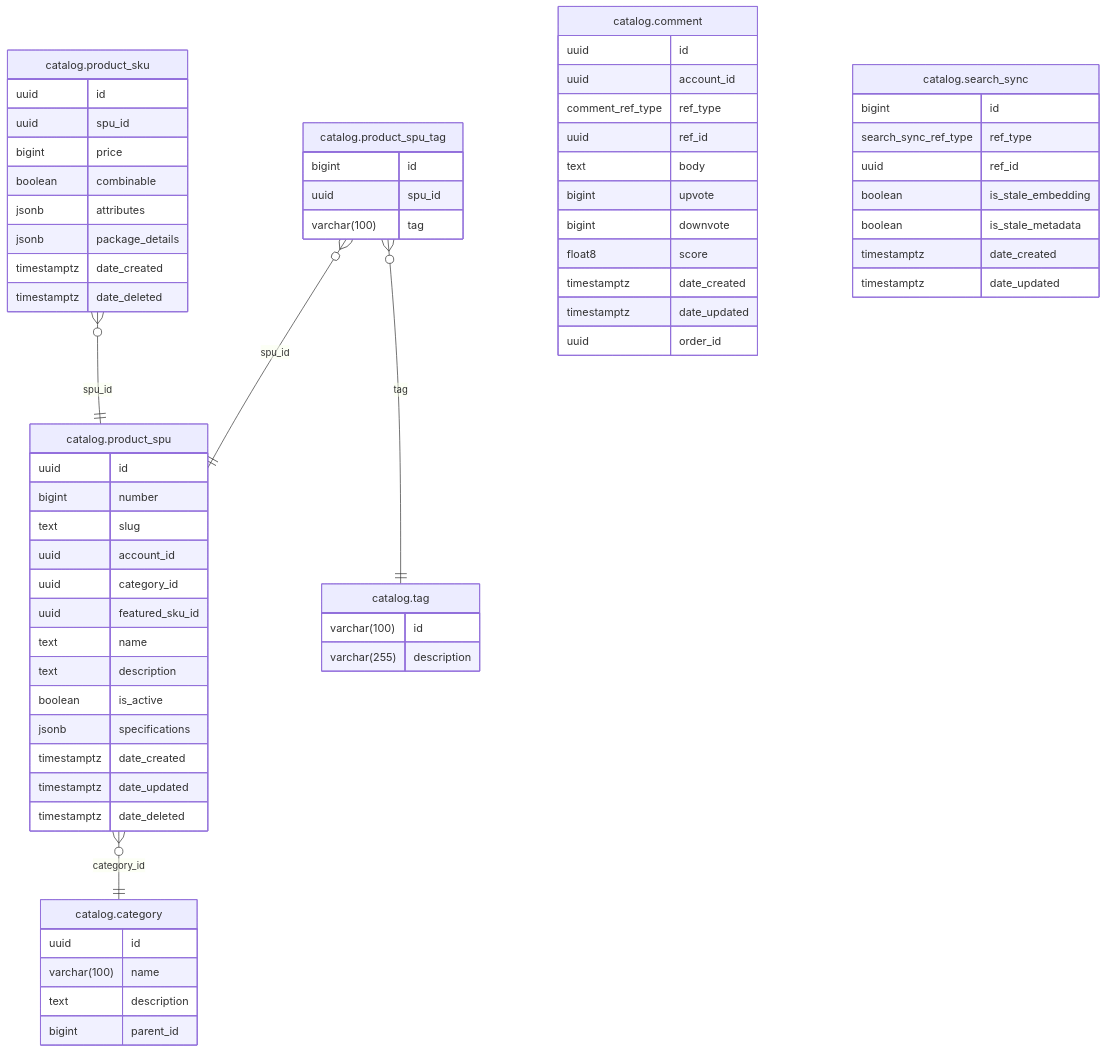
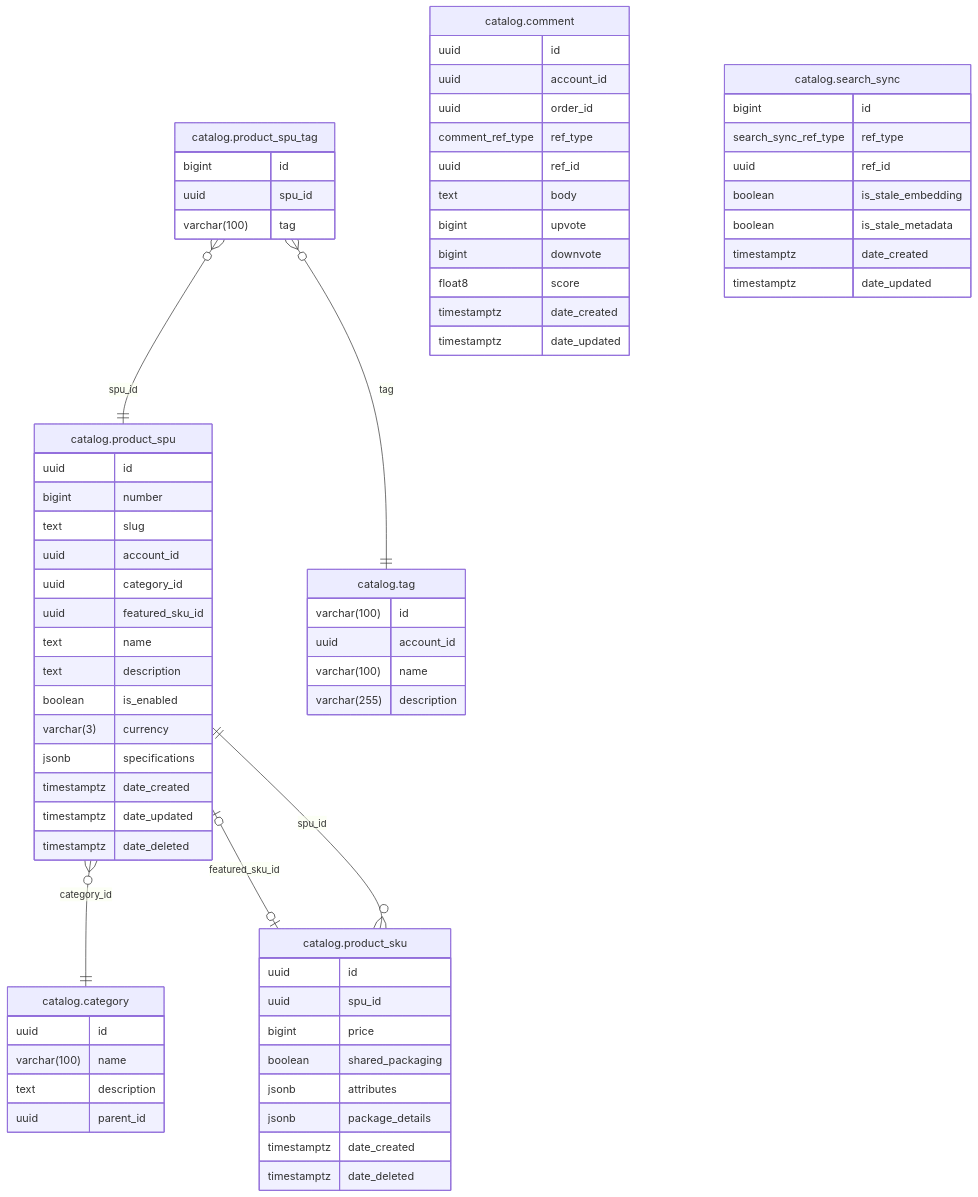
One commit to shopnexus/shopnexus-server changed the diagram in internal/module/catalog/README.md. Above: the diagram before and after it, drawn with Mermaid. The commit also changed 8 other files, not shown here.

Commit message:
update schema

````diff
--- a/internal/module/catalog/README.md
+++ b/internal/module/catalog/README.md
@@ -10,70 +10,74 @@
 ```mermaid
 erDiagram
 "catalog.product_spu" }o--|| "catalog.category" : "category_id"
+"catalog.product_spu" |o--|o "catalog.product_sku" : "featured_sku_id"
 "catalog.product_sku" }o--|| "catalog.product_spu" : "spu_id"
 "catalog.product_spu_tag" }o--|| "catalog.product_spu" : "spu_id"
 "catalog.product_spu_tag" }o--|| "catalog.tag" : "tag"
 
 "catalog.category" {
   uuid id
   varchar(100) name
   text description
-  bigint parent_id
+  uuid parent_id
 }
 "catalog.comment" {
   uuid id
   uuid account_id
+  uuid order_id
   comment_ref_type ref_type
   uuid ref_id
   text body
   bigint upvote
   bigint downvote
   float8 score
   timestamptz date_created
   timestamptz date_updated
-  uuid order_id
 }
 "catalog.product_sku" {
   uuid id
   uuid spu_id
   bigint price
-  boolean combinable
+  boolean shared_packaging
   jsonb attributes
   jsonb package_details
   timestamptz date_created
   timestamptz date_deleted
 }
 "catalog.product_spu" {
   uuid id
   bigint number
   text slug
   uuid account_id
   uuid category_id
   uuid featured_sku_id
   text name
   text description
-  boolean is_active
+  boolean is_enabled
+  varchar(3) currency
   jsonb specifications
   timestamptz date_created
   timestamptz date_updated
   timestamptz date_deleted
 }
 "catalog.product_spu_tag" {
   bigint id
   uuid spu_id
   varchar(100) tag
 }
 "catalog.search_sync" {
   bigint id
   search_sync_ref_type ref_type
   uuid ref_id
   boolean is_stale_embedding
   boolean is_stale_metadata
   timestamptz date_created
   timestamptz date_updated
 }
 "catalog.tag" {
   varchar(100) id
+  uuid account_id
+  varchar(100) name
   varchar(255) description
 }
 ```
````
